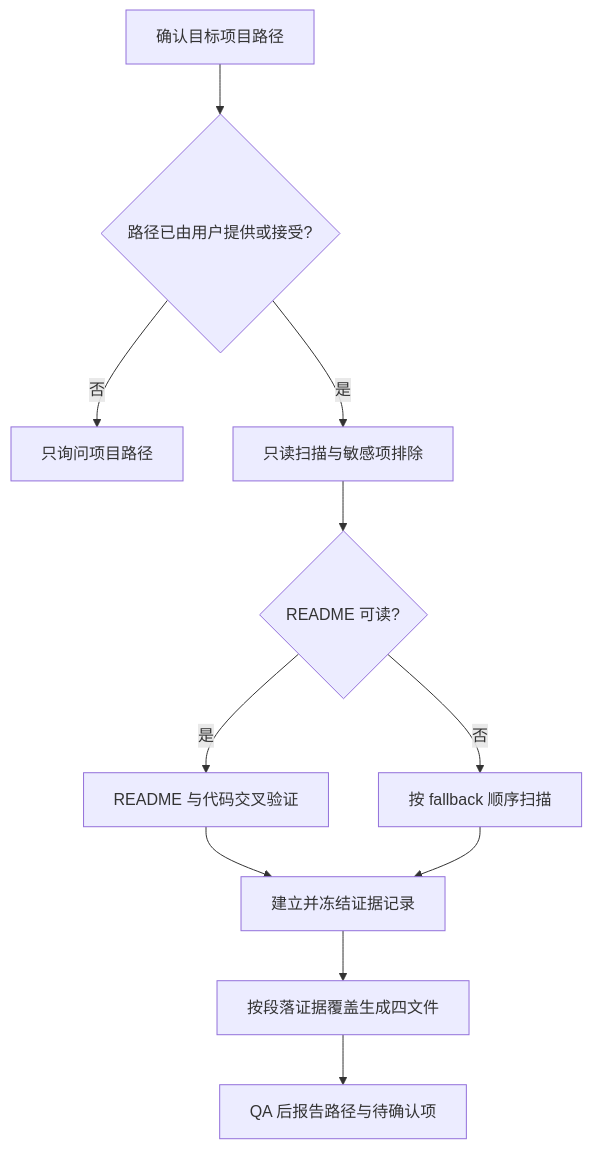
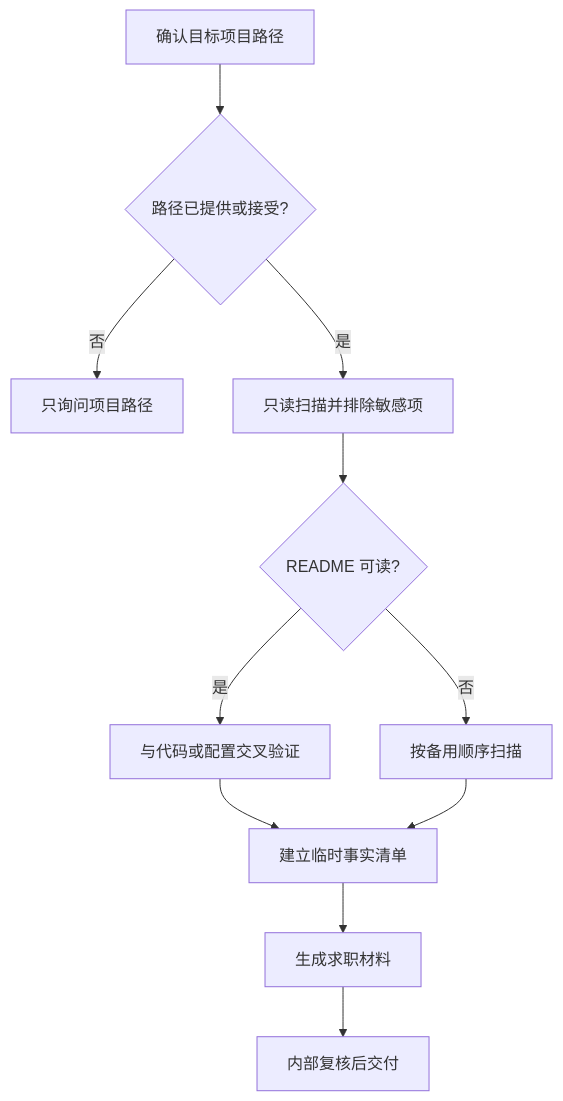
The diagram in project-career-kit/SKILL.md (waseens/jianlibao-skill), drawn with Mermaid before and after one commit. The commit also changed other lines of this file and 7 other files, not shown here.

````diff
--- a/project-career-kit/SKILL.md
+++ b/project-career-kit/SKILL.md
@@ -12,13 +12,13 @@
 ```mermaid
 flowchart TD
-    A[确认目标项目路径] --> B{路径已由用户提供或接受?}
+    A[确认目标项目路径] --> B{路径已提供或接受?}
     B -->|否| C[只询问项目路径]
-    B -->|是| D[只读扫描与敏感项排除]
+    B -->|是| D[只读扫描并排除敏感项]
     D --> E{README 可读?}
-    E -->|是| F[README 与代码交叉验证]
-    E -->|否| G[按 fallback 顺序扫描]
-    F --> H[建立并冻结证据记录]
+    E -->|是| F[与代码或配置交叉验证]
+    E -->|否| G[按备用顺序扫描]
+    F --> H[建立临时事实清单]
     G --> H
-    H --> I[按段落证据覆盖生成四文件]
-    I --> J[QA 后报告路径与待确认项]
+    H --> I[生成求职材料]
+    I --> J[内部复核后交付]
 ```
````
